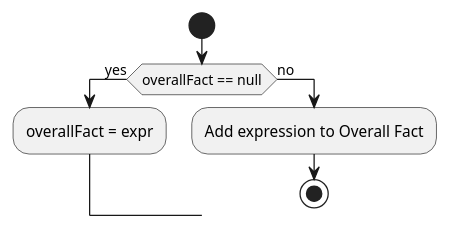
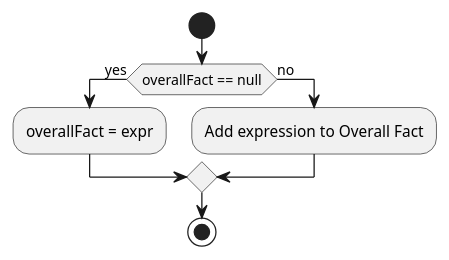
The diagram in src/main/javadoc/edu/gatech/gtri/obm/translator/alloy/doc-files/Alloy_addToOverallFact.puml (ontological-behavior-modeling/tester), drawn with PlantUML before and after one commit. The commit also changed 1 other file, not shown here.

```diff
--- a/src/main/javadoc/edu/gatech/gtri/obm/translator/alloy/doc-files/Alloy_addToOverallFact.puml
+++ b/src/main/javadoc/edu/gatech/gtri/obm/translator/alloy/doc-files/Alloy_addToOverallFact.puml
@@ -1,8 +1,9 @@
 @startuml
 start
 if(overallFact == null) then (yes)
 :overallFact = expr;
 else(no)
 :Add expression to Overall Fact;
+endif
 stop
 @enduml
```
